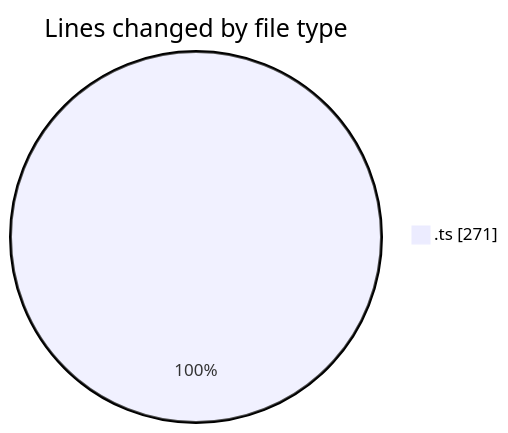
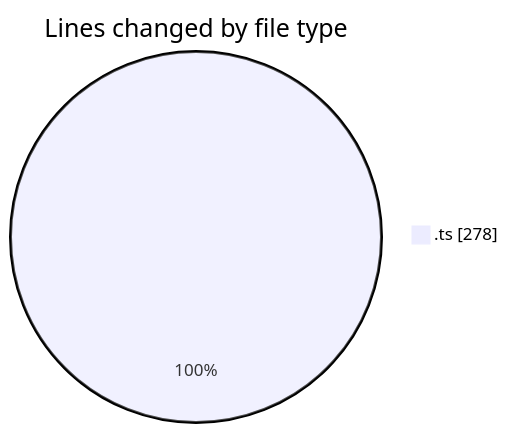
The first of 2 diagrams in 2026-02-09/singularitybrainai/README.md (tmsrecording-cyber/code-tracking), drawn with Mermaid before and after one commit. The commit also changed other lines of this file and 1 other file, not shown here.

````diff
--- a/2026-02-09/singularitybrainai/README.md
+++ b/2026-02-09/singularitybrainai/README.md
@@ -21,5 +21,5 @@
 ```mermaid
 pie showData
 title Lines changed by file type
-".ts" : 271
+".ts" : 278
 ```
````
